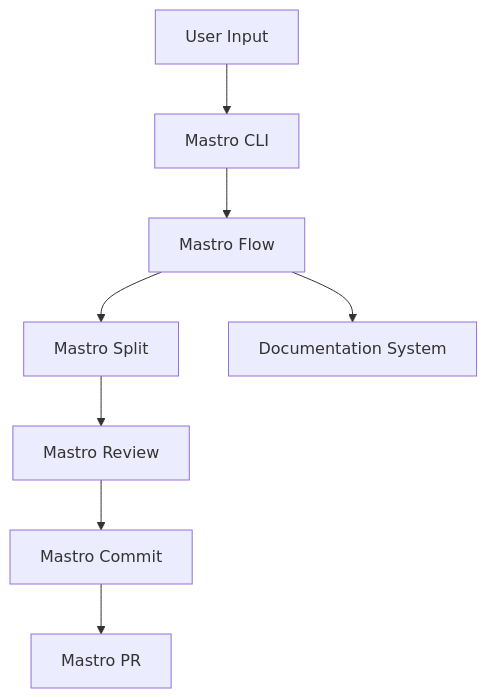
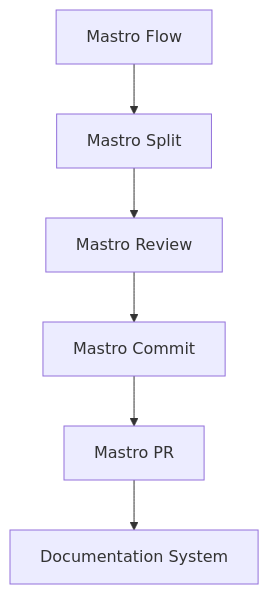
One commit to geogoesbeepboop/refiner changed the first of 3 diagrams in docs/architecture.md. Above: the diagram before and after it, drawn with Mermaid. The commit also changed other lines of this file and 7 other files, not shown here.

````diff
--- a/docs/architecture.md
+++ b/docs/architecture.md
@@ -38,10 +38,8 @@
 ```mermaid
-flowchart TD
-    A[User Input] --> B[Mastro CLI]
-    B --> C[Mastro Flow]
-    C --> D[Mastro Split]
-    D --> E[Mastro Review]
-    E --> F[Mastro Commit]
-    F --> G[Mastro PR]
-    C --> H[Documentation System]
+graph TD;
+    A[Mastro Flow] --> B[Mastro Split];
+    B --> C[Mastro Review];
+    C --> D[Mastro Commit];
+    D --> E[Mastro PR];
+    E --> F[Documentation System];
 ```
````
